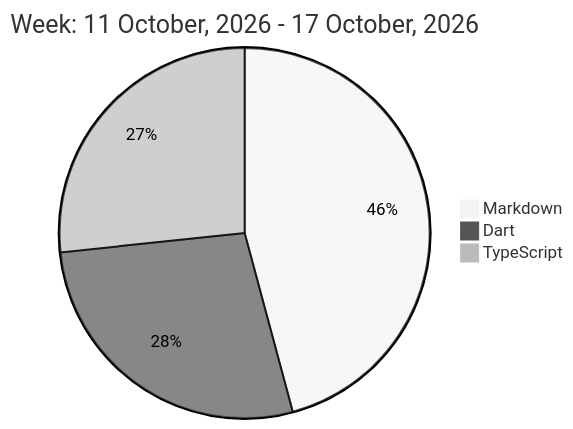
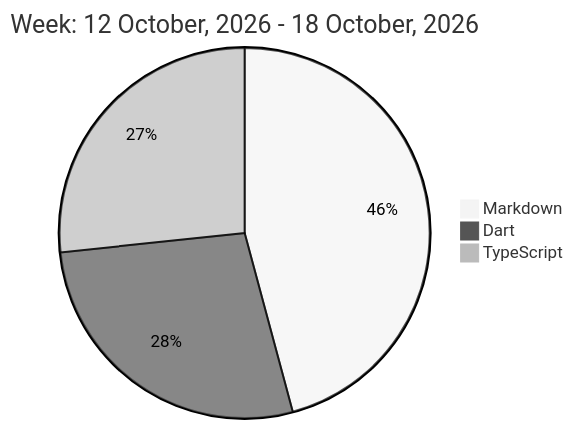
The diagram in README.md (liubin95/liubin95), drawn with Mermaid (neutral theme) before and after one commit.

Commit message:
Updated the Graph with new Metrics

````diff
--- a/README.md
+++ b/README.md
@@ -32,7 +32,7 @@
 ```mermaid
  pie
-title Week: 11 October, 2026 - 17 October, 2026
+title Week: 12 October, 2026 - 18 October, 2026
  "Markdown" : 4.38
  "Dart" : 2.63
  "TypeScript" : 2.55
 ```
````
